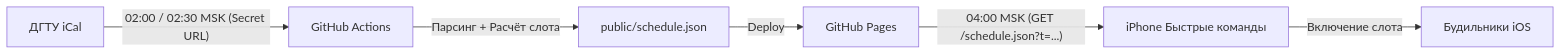
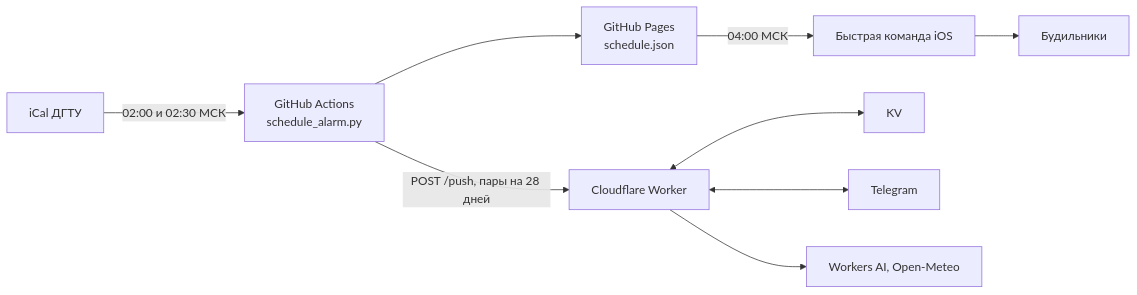
One commit to ekwsod/DONSTU_ICAL_URL changed the diagram in README.md. Above: the diagram before and after it, drawn with Mermaid. The commit also changed other lines of this file and 3 other files, not shown here.

````diff
--- a/README.md
+++ b/README.md
@@ -15,8 +12,11 @@
 ```mermaid
 flowchart LR
-    A["ДГТУ iCal"] -->|"02:00 / 02:30 MSK (Secret URL)"| B["GitHub Actions"]
-    B -->|"Парсинг + Расчёт слота"| C["public/schedule.json"]
-    C -->|"Deploy"| D["GitHub Pages"]
-    D -->|"04:00 MSK (GET /schedule.json?t=...)"| E["iPhone Быстрые команды"]
-    E -->|"Включение слота"| F["Будильники iOS"]
+    A["iCal ДГТУ"] -->|"02:00 и 02:30 МСК"| B["GitHub Actions<br/>schedule_alarm.py"]
+    B --> C["GitHub Pages<br/>schedule.json"]
+    C -->|"04:00 МСК"| D["Быстрая команда iOS"]
+    D --> E["Будильники"]
+    B -->|"POST /push, пары на 28 дней"| F["Cloudflare Worker"]
+    F <--> G["KV"]
+    F <--> H["Telegram"]
+    F --> I["Workers AI, Open-Meteo"]
 ```
````
